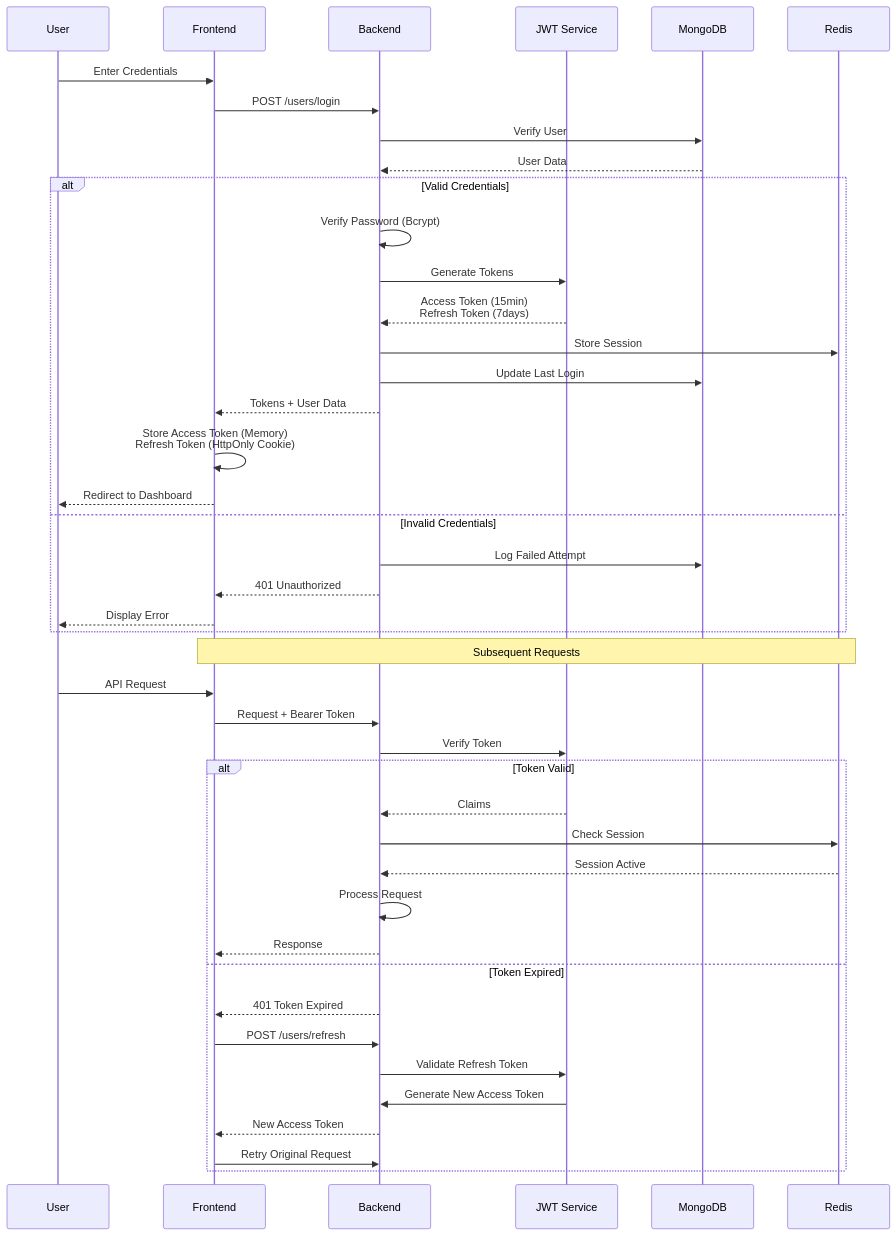
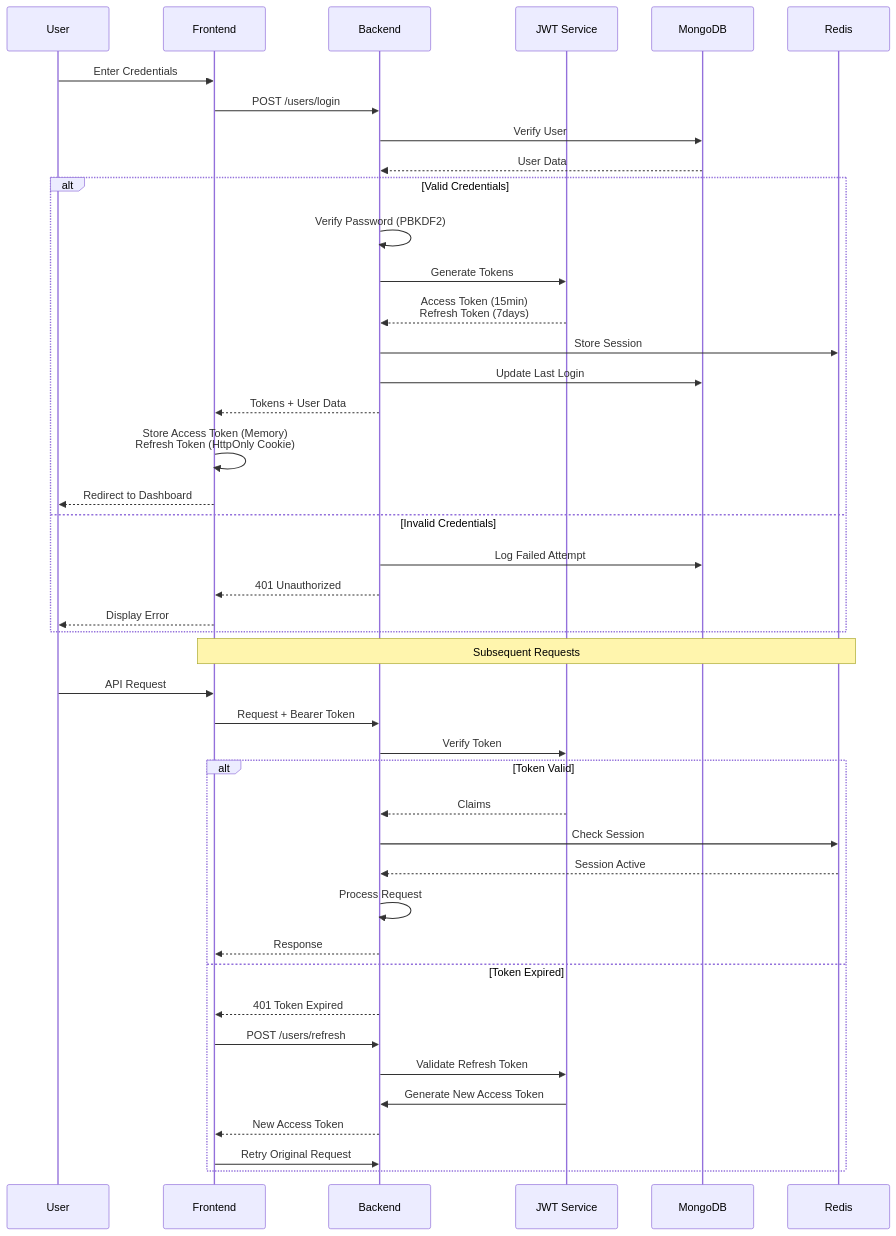
One commit to hoangsonww/Moodify-Emotion-Music-App changed the tenth of 21 diagrams in ARCHITECTURE.md. Above: the diagram before and after it, drawn with Mermaid. The commit also changed other lines of this file and 5 other files, not shown here.

First line of the commit message:
docs: bring READMEs, ARCHITECTURE, and wiki up to date

````diff
--- a/ARCHITECTURE.md
+++ b/ARCHITECTURE.md
@@ -750,48 +759,48 @@
 ```mermaid
 sequenceDiagram
     participant U as User
     participant FE as Frontend
     participant BE as Backend
     participant JWT as JWT Service
     participant DB as MongoDB
     participant RD as Redis
 
     U->>FE: Enter Credentials
     FE->>BE: POST /users/login
     BE->>DB: Verify User
     DB-->>BE: User Data
 
     alt Valid Credentials
-        BE->>BE: Verify Password (Bcrypt)
+        BE->>BE: Verify Password (PBKDF2)
         BE->>JWT: Generate Tokens
         JWT-->>BE: Access Token (15min)<br/>Refresh Token (7days)
         BE->>RD: Store Session
         BE->>DB: Update Last Login
         BE-->>FE: Tokens + User Data
         FE->>FE: Store Access Token (Memory)<br/>Refresh Token (HttpOnly Cookie)
         FE-->>U: Redirect to Dashboard
     else Invalid Credentials
         BE->>DB: Log Failed Attempt
         BE-->>FE: 401 Unauthorized
         FE-->>U: Display Error
     end
 
     Note over FE,RD: Subsequent Requests
     U->>FE: API Request
     FE->>BE: Request + Bearer Token
     BE->>JWT: Verify Token
     alt Token Valid
         JWT-->>BE: Claims
         BE->>RD: Check Session
         RD-->>BE: Session Active
         BE->>BE: Process Request
         BE-->>FE: Response
     else Token Expired
         BE-->>FE: 401 Token Expired
         FE->>BE: POST /users/refresh
         BE->>JWT: Validate Refresh Token
         JWT->>BE: Generate New Access Token
         BE-->>FE: New Access Token
         FE->>BE: Retry Original Request
     end
 ```
````
